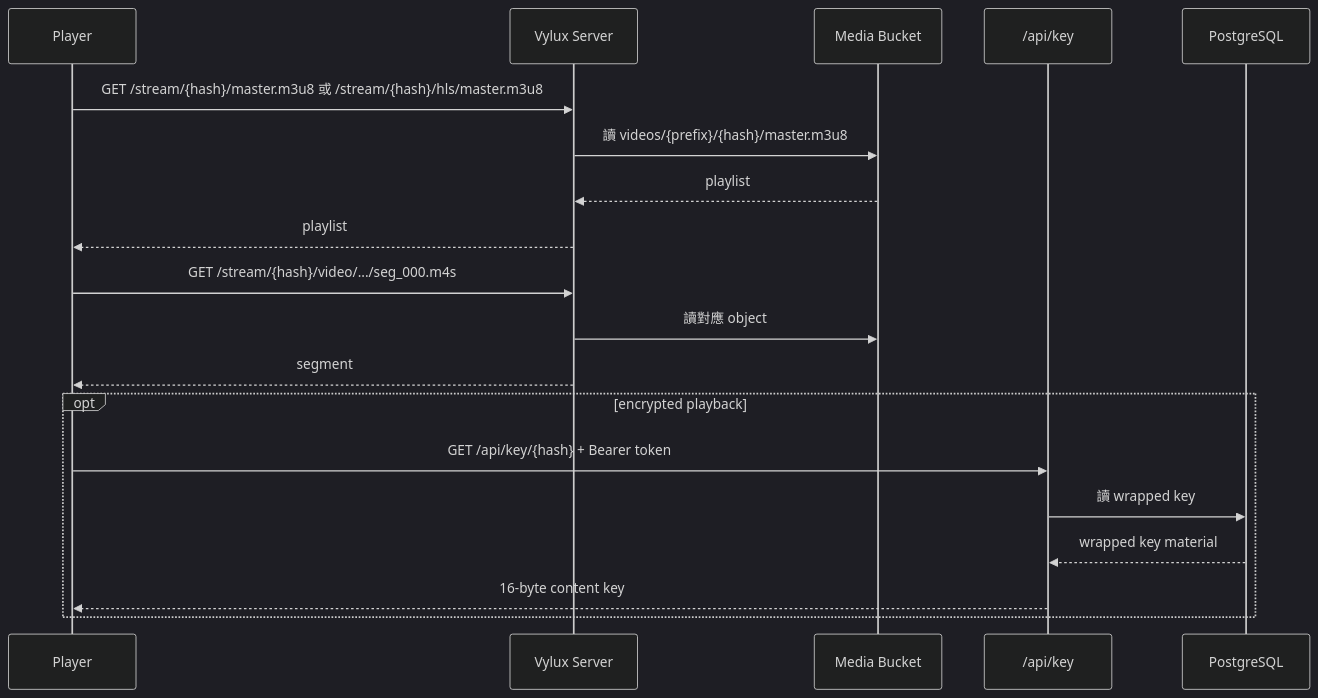
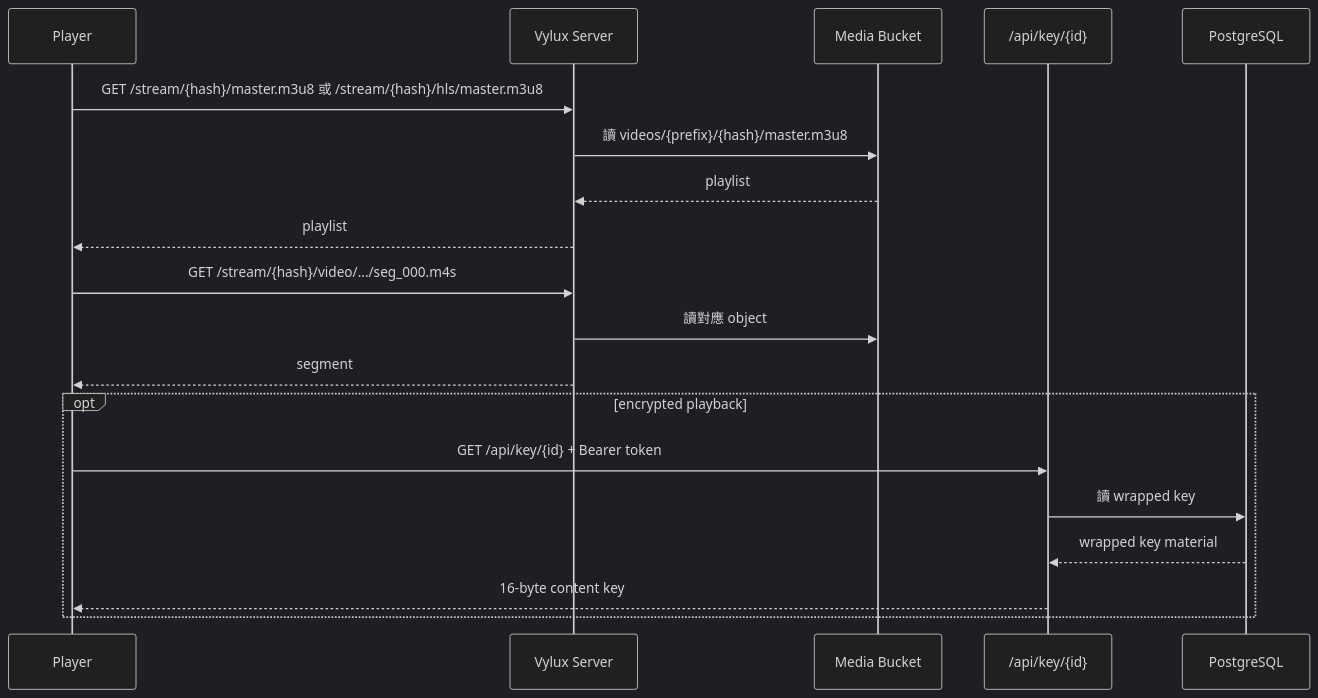
The third of 3 diagrams in i18n/zh-TW/docusaurus-plugin-content-docs/current/architecture/request-lifecycle.md (carry0987/Vylux), drawn with Mermaid (dark theme) before and after one commit. The commit also changed other lines of this file and 26 other files, not shown here.

````diff
--- a/i18n/zh-TW/docusaurus-plugin-content-docs/current/architecture/request-lifecycle.md
+++ b/i18n/zh-TW/docusaurus-plugin-content-docs/current/architecture/request-lifecycle.md
@@ -177,22 +177,22 @@
 ```mermaid
 sequenceDiagram
 	participant Player
 	participant Server as Vylux Server
 	participant Media as Media Bucket
-	participant KeyAPI as /api/key
+	participant KeyAPI as /api/key/{id}
 	participant PG as PostgreSQL
 
 	Player->>Server: GET /stream/{hash}/master.m3u8 或 /stream/{hash}/hls/master.m3u8
 	Server->>Media: 讀 videos/{prefix}/{hash}/master.m3u8
 	Media-->>Server: playlist
 	Server-->>Player: playlist
 	Player->>Server: GET /stream/{hash}/video/.../seg_000.m4s
 	Server->>Media: 讀對應 object
 	Server-->>Player: segment
 	opt encrypted playback
-		Player->>KeyAPI: GET /api/key/{hash} + Bearer token
+		Player->>KeyAPI: GET /api/key/{id} + Bearer token
 		KeyAPI->>PG: 讀 wrapped key
 		PG-->>KeyAPI: wrapped key material
 		KeyAPI-->>Player: 16-byte content key
 	end
 ```
````
